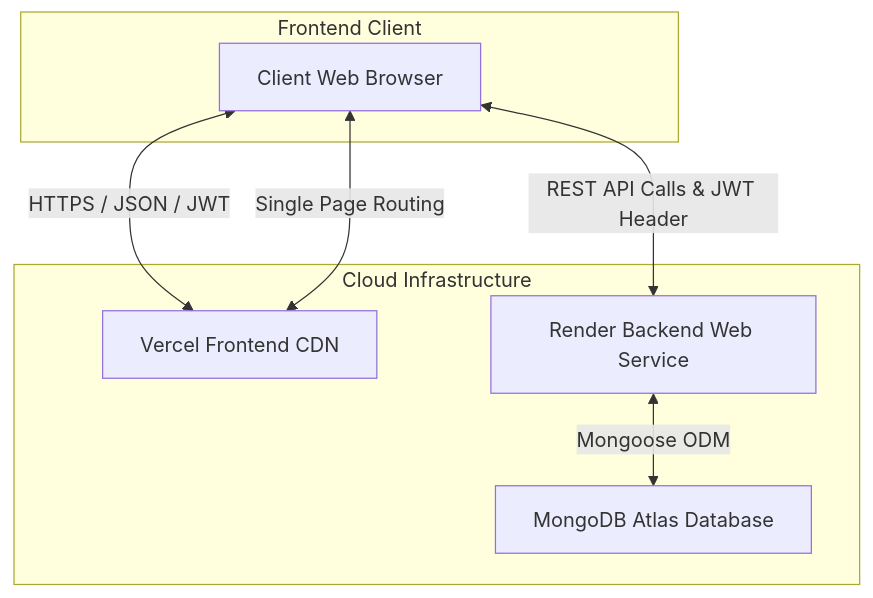
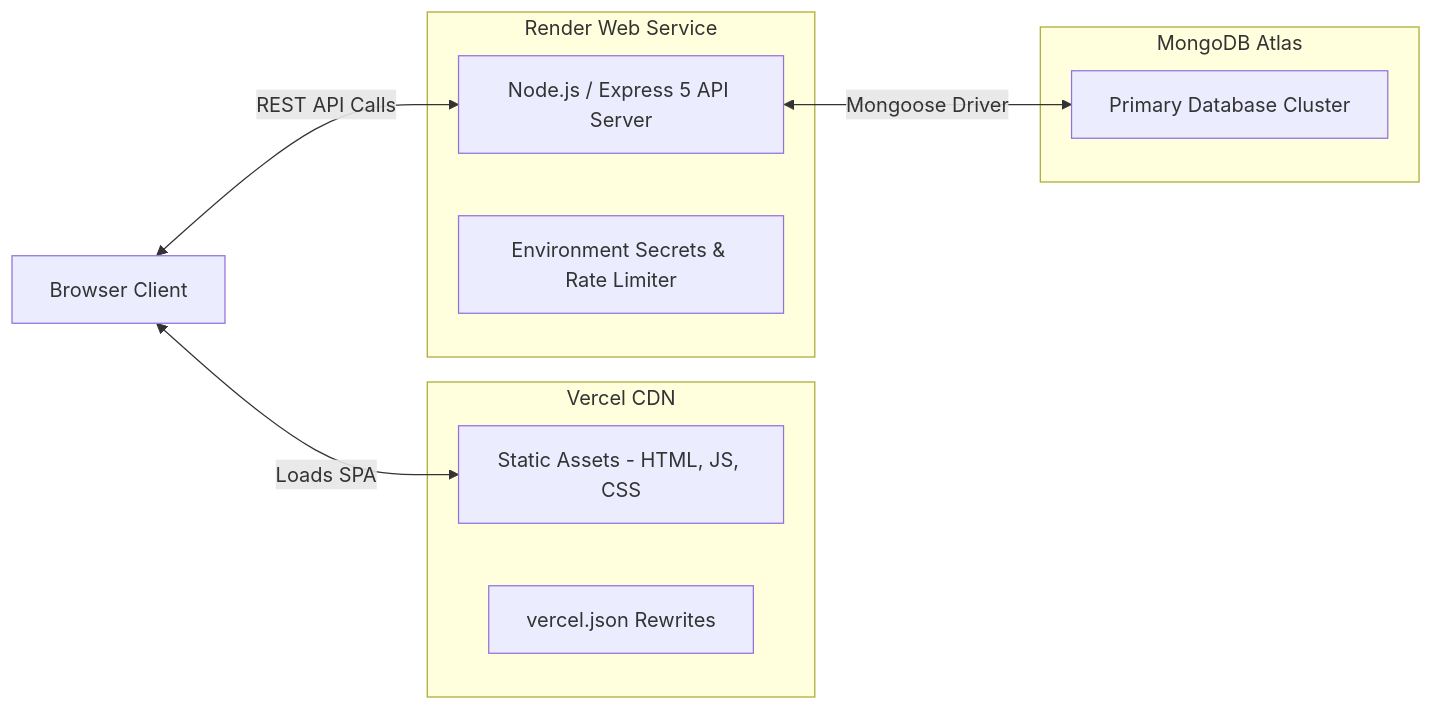
Before and after one commit to charithasree13/startup-crm-lite: the seventh of 7 diagrams in README.md, drawn with Mermaid. The commit also changed other lines of this file, not shown here.

````diff
--- a/README.md
+++ b/README.md
@@ -126,17 +852,20 @@
 ```mermaid
-graph TD
-    A[Client Web Browser] <-->|HTTPS / JSON / JWT| B[Vercel Frontend CDN]
-    B <-->|Single Page Routing| A
-    A <-->|REST API Calls & JWT Header| C[Render Backend Web Service]
-    C <-->|Mongoose ODM| D[MongoDB Atlas Database]
-    
-    subgraph Frontend Client
-        A
+graph LR
+    subgraph Vercel CDN
+        V1[Static Assets - HTML, JS, CSS]
+        V2[vercel.json Rewrites]
     end
-    
-    subgraph Cloud Infrastructure
-        B
-        C
-        D
+
+    subgraph Render Web Service
+        R1[Node.js / Express 5 API Server]
+        R2[Environment Secrets & Rate Limiter]
     end
+
+    subgraph MongoDB Atlas
+        M1[Primary Database Cluster]
+    end
+
+    Client[Browser Client] <-->|Loads SPA| V1
+    Client <-->|REST API Calls| R1
+    R1 <-->|Mongoose Driver| M1
 ```
````
